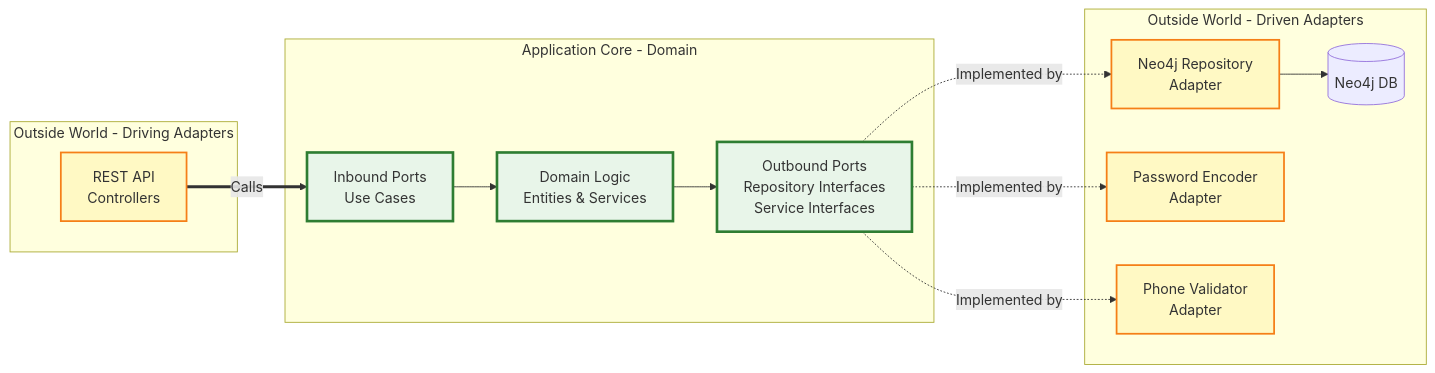
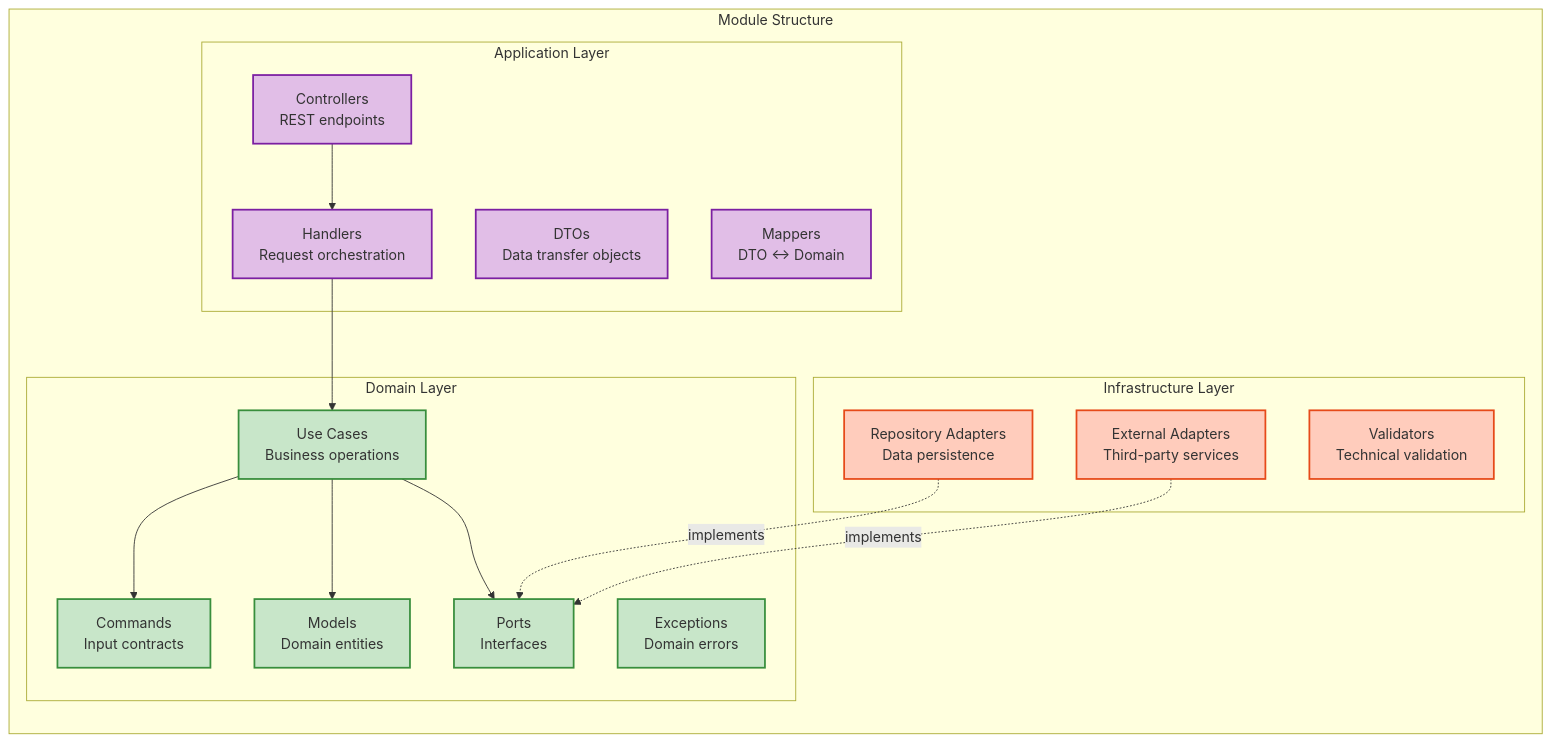
Before and after one commit to Luca5Eckert/vinculo: the second of 6 diagrams in README.md, drawn with Mermaid. The commit also changed other lines of this file, not shown here.

Commit message:
chore: add architecture diagrams for Clean Architecture, DDD modules, and request flow (#4)

````diff
--- a/README.md
+++ b/README.md
@@ -239,33 +142,41 @@
 ```mermaid
 graph LR
-    subgraph "Outside World - Driving Adapters"
-        REST[REST API<br/>Controllers]
+    subgraph "Module Structure"
+        subgraph "Application Layer"
+            A1[Controllers<br/>REST endpoints]
+            A2[Handlers<br/>Request orchestration]
+            A3[DTOs<br/>Data transfer objects]
+            A4[Mappers<br/>DTO ↔ Domain]
+        end
+        
+        subgraph "Domain Layer"
+            D1[Use Cases<br/>Business operations]
+            D2[Commands<br/>Input contracts]
+            D3[Models<br/>Domain entities]
+            D4[Ports<br/>Interfaces]
+            D5[Exceptions<br/>Domain errors]
+        end
+        
+        subgraph "Infrastructure Layer"
+            I1[Repository Adapters<br/>Data persistence]
+            I2[External Adapters<br/>Third-party services]
+            I3[Validators<br/>Technical validation]
+        end
     end
     
-    subgraph "Application Core - Domain"
-        PORTS_IN[Inbound Ports<br/>Use Cases]
-        DOMAIN[Domain Logic<br/>Entities & Services]
-        PORTS_OUT[Outbound Ports<br/>Repository Interfaces<br/>Service Interfaces]
-    end
+    A1 --> A2
+    A2 --> D1
+    D1 --> D2
+    D1 --> D3
+    D1 --> D4
+    I1 -.implements.-> D4
+    I2 -.implements.-> D4
     
-    subgraph "Outside World - Driven Adapters"
-        NEO4J_ADAPTER[Neo4j Repository<br/>Adapter]
-        SECURITY_ADAPTER[Password Encoder<br/>Adapter]
-        PHONE_ADAPTER[Phone Validator<br/>Adapter]
-        NEO4J[(Neo4j DB)]
-    end
+    classDef app fill:#e1bee7,stroke:#7b1fa2,stroke-width:2px
+    classDef domain fill:#c8e6c9,stroke:#388e3c,stroke-width:2px
+    classDef infra fill:#ffccbc,stroke:#e64a19,stroke-width:2px
     
-    REST ==>|Calls| PORTS_IN
-    PORTS_IN --> DOMAIN
-    DOMAIN --> PORTS_OUT
-    PORTS_OUT -.->|Implemented by| NEO4J_ADAPTER
-    PORTS_OUT -.->|Implemented by| SECURITY_ADAPTER
-    PORTS_OUT -.->|Implemented by| PHONE_ADAPTER
-    NEO4J_ADAPTER --> NEO4J
-    
-    classDef core fill:#e8f5e9,stroke:#2e7d32,stroke-width:3px
-    classDef adapter fill:#fff9c4,stroke:#f57f17,stroke-width:2px
-    
-    class PORTS_IN,DOMAIN,PORTS_OUT core
-    class REST,NEO4J_ADAPTER,SECURITY_ADAPTER,PHONE_ADAPTER adapter
+    class A1,A2,A3,A4 app
+    class D1,D2,D3,D4,D5 domain
+    class I1,I2,I3 infra
 ```
````
